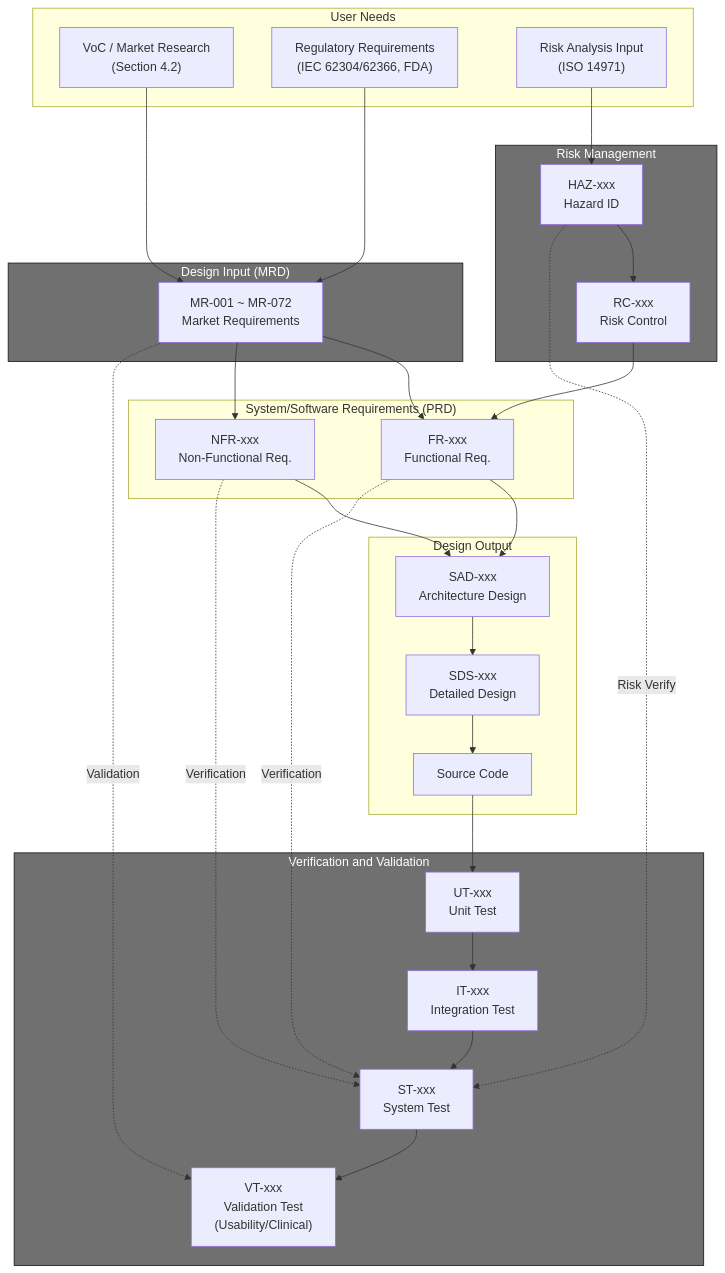
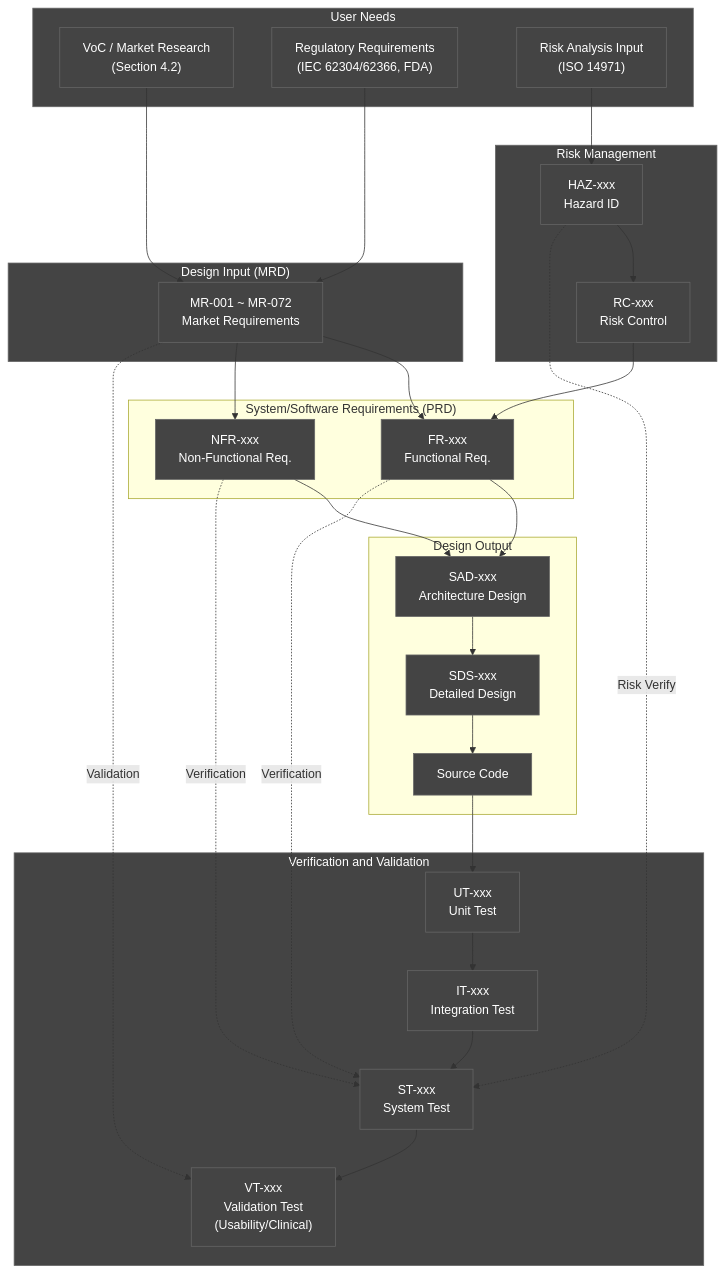
One commit to holee9/console-gui changed the fourth of 7 diagrams in docs/planning/DOC-001_MRD_v3.0.md. Above: the diagram before and after it, drawn with Mermaid. The commit also changed other lines of this file, not shown here.

First line of the commit message:
fix: MRD v3.0 Mermaid 차트 색상 통일 — #707070 → #444, 미적용 노드 전수 추가

````diff
--- a/docs/planning/DOC-001_MRD_v3.0.md
+++ b/docs/planning/DOC-001_MRD_v3.0.md
@@ -543,59 +543,75 @@
 ```mermaid
 flowchart TD
     subgraph UN["User Needs"]
         VoC["VoC / Market Research\n(Section 4.2)"]
         Reg["Regulatory Requirements\n(IEC 62304/62366, FDA)"]
         Risk0["Risk Analysis Input\n(ISO 14971)"]
     end
 
     subgraph DI["Design Input (MRD)"]
         MR["MR-001 ~ MR-072\nMarket Requirements"]
     end
 
     subgraph SyRS_PRD["System/Software Requirements (PRD)"]
         FR["FR-xxx\nFunctional Req."]
         NFR["NFR-xxx\nNon-Functional Req."]
     end
 
     subgraph DO["Design Output"]
         SAD["SAD-xxx\nArchitecture Design"]
         SDS["SDS-xxx\nDetailed Design"]
         Code["Source Code"]
     end
 
     subgraph VV["Verification and Validation"]
         UT["UT-xxx\nUnit Test"]
         IT["IT-xxx\nIntegration Test"]
         ST["ST-xxx\nSystem Test"]
         VT["VT-xxx\nValidation Test\n(Usability/Clinical)"]
     end
 
     subgraph RM["Risk Management"]
         HAZ["HAZ-xxx\nHazard ID"]
         RC["RC-xxx\nRisk Control"]
     end
 
     VoC --> MR
     Reg --> MR
     Risk0 --> HAZ
     MR --> FR
     MR --> NFR
     HAZ --> RC
     RC --> FR
     FR --> SAD
     NFR --> SAD
     SAD --> SDS
     SDS --> Code
     Code --> UT
     UT --> IT
     IT --> ST
     ST --> VT
     FR -.->|Verification| ST
     NFR -.->|Verification| ST
     MR -.->|Validation| VT
     HAZ -.->|Risk Verify| ST
 
-    style DI fill:#707070,stroke:#111111,color:#FFFFFF
-    style VV fill:#707070,stroke:#111111,color:#FFFFFF
-    style RM fill:#707070,stroke:#111111,color:#FFFFFF
+    style UN fill:#444,stroke:#666,color:#fff
+    style DI fill:#444,stroke:#666,color:#fff
+    style VV fill:#444,stroke:#666,color:#fff
+    style RM fill:#444,stroke:#666,color:#fff
+    style VoC fill:#444,stroke:#666,color:#fff
+    style Reg fill:#444,stroke:#666,color:#fff
+    style Risk0 fill:#444,stroke:#666,color:#fff
+    style MR fill:#444,stroke:#666,color:#fff
+    style FR fill:#444,stroke:#666,color:#fff
+    style NFR fill:#444,stroke:#666,color:#fff
+    style SAD fill:#444,stroke:#666,color:#fff
+    style SDS fill:#444,stroke:#666,color:#fff
+    style Code fill:#444,stroke:#666,color:#fff
+    style UT fill:#444,stroke:#666,color:#fff
+    style IT fill:#444,stroke:#666,color:#fff
+    style ST fill:#444,stroke:#666,color:#fff
+    style VT fill:#444,stroke:#666,color:#fff
+    style HAZ fill:#444,stroke:#666,color:#fff
+    style RC fill:#444,stroke:#666,color:#fff
 ```
````
